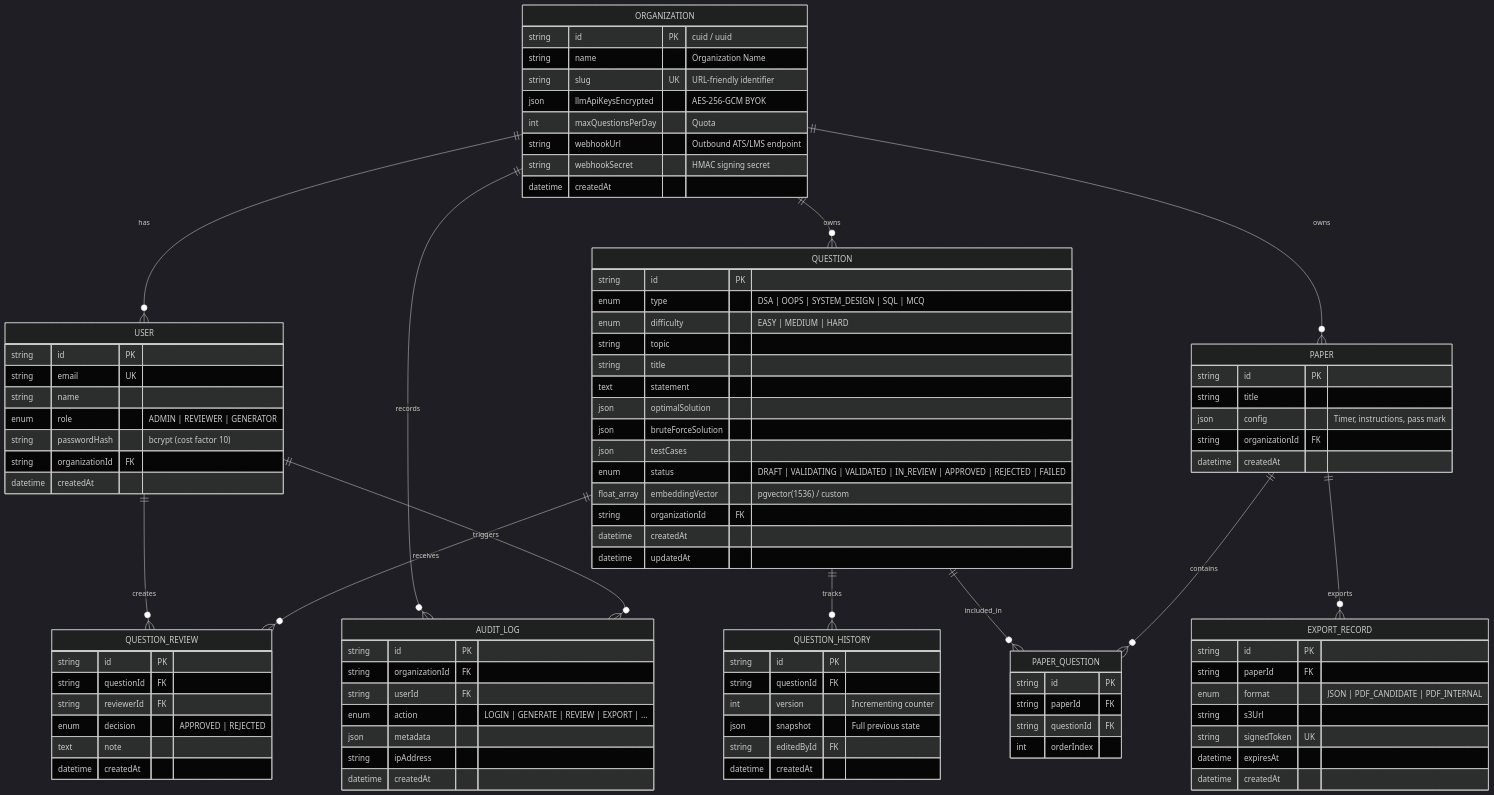
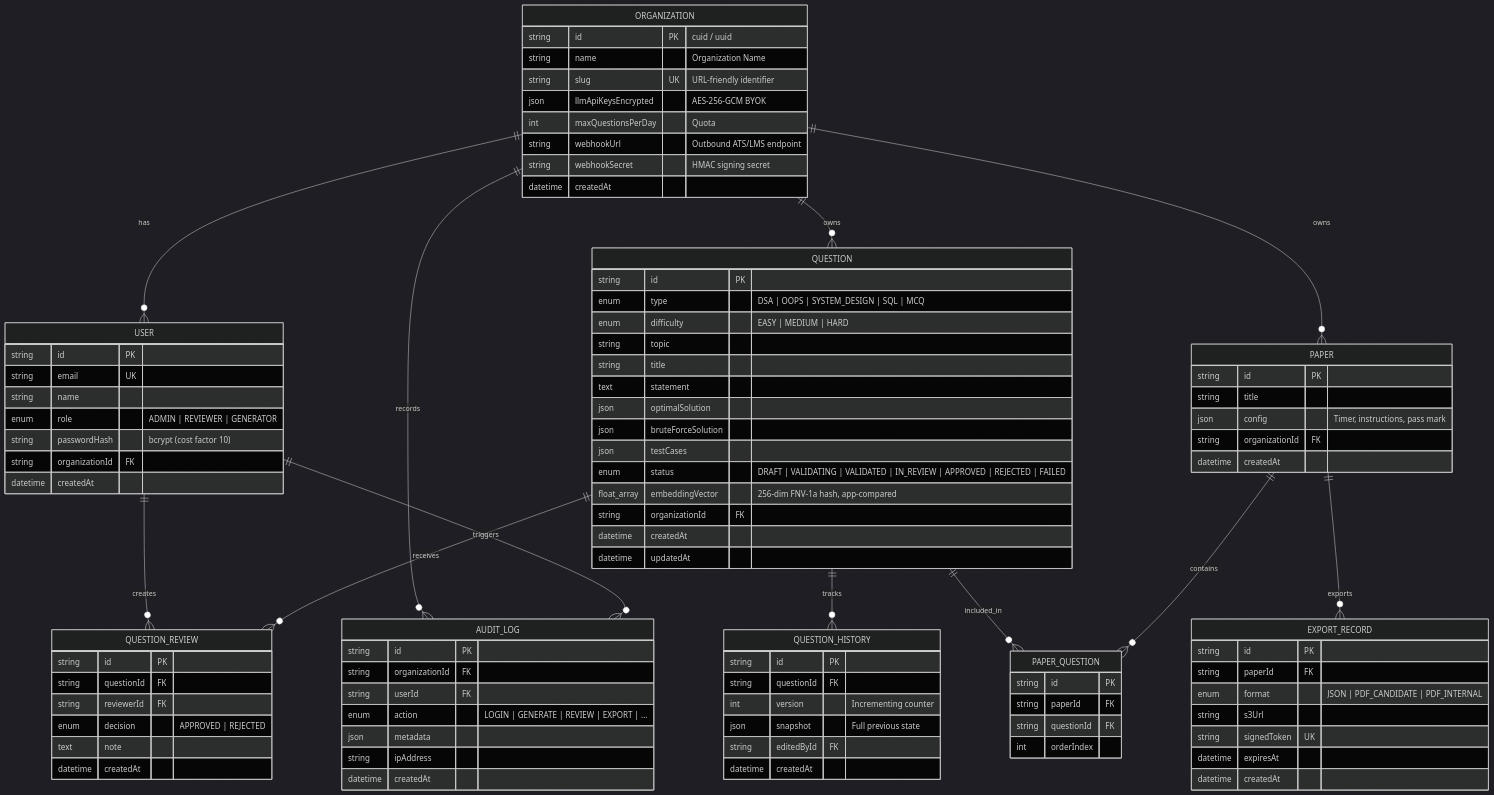
Before and after one commit to yashsrivastava1408/QuestionForge: the first of 2 diagrams in docs/database/schema-and-indexing.md, drawn with Mermaid (dark theme). The commit also changed other lines of this file and 81 other files, not shown here.

```diff
--- a/docs/database/schema-and-indexing.md
+++ b/docs/database/schema-and-indexing.md
@@ -55,7 +55,7 @@
         json bruteForceSolution
         json testCases
         enum status "DRAFT | VALIDATING | VALIDATED | IN_REVIEW | APPROVED | REJECTED | FAILED"
-        float_array embeddingVector "pgvector(1536) / custom"
+        float_array embeddingVector "256-dim FNV-1a hash, app-compared"
         string organizationId FK
         datetime createdAt
         datetime updatedAt
```
